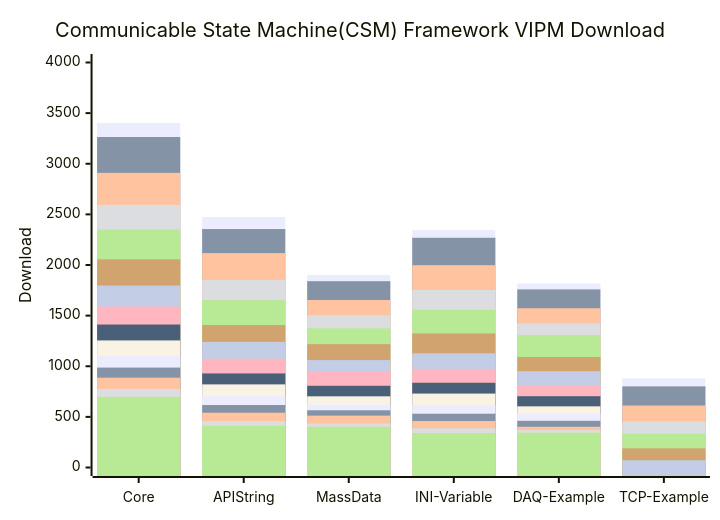
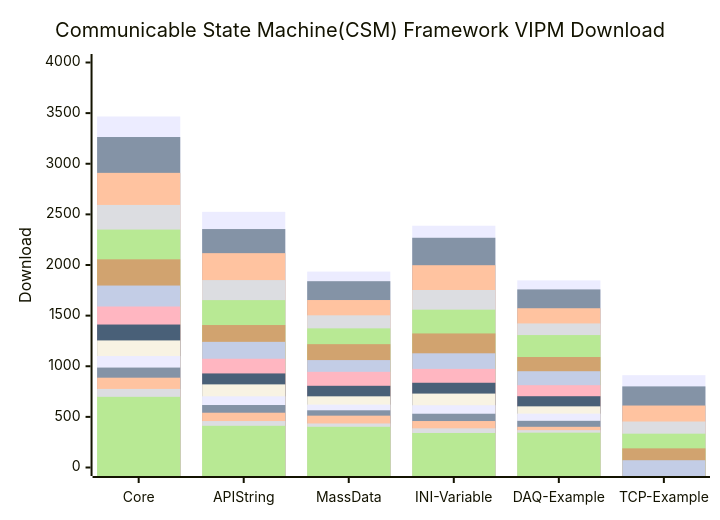
The diagram in profile/README.md (NEVSTOP-LAB/.github), drawn with Mermaid before and after one commit.

````diff
--- a/profile/README.md
+++ b/profile/README.md
@@ -31,21 +31,21 @@
 ```mermaid
     xychart-beta
     title "Communicable State Machine(CSM) Framework VIPM Download"
     x-axis [Core, API String, MassData, INI-Variable, DAQ-Example, TCP-Example]
     y-axis "Download" 0 --> 4000
-    bar   [3403, 2474, 1901, 2345, 1817, 880]
+    bar   [3467, 2525, 1935, 2388, 1848, 912]
     bar   [3264, 2355, 1840, 2269, 1759, 801]
     bar   [2910, 2117, 1654, 1998, 1573, 612]
     bar   [2593, 1851, 1503, 1753, 1423, 454]
     bar   [2350, 1653, 1374, 1559, 1308, 334]
     bar   [2056, 1407, 1218, 1324, 1091, 189]
     bar   [1797, 1241, 1061, 1128, 951, 72]
     bar   [1590, 1074, 945, 974, 813]
     bar   [1412, 929, 807, 837, 704]
     bar   [1255, 821, 703, 730, 604]
     bar   [1101, 703, 621, 615, 532]
     bar   [987, 617, 565, 531, 461]
     bar   [887, 541, 512, 459, 402]
     bar   [776, 459, 435, 387, 369]
     bar   [698, 412, 402, 341, 344]
 ```
````
